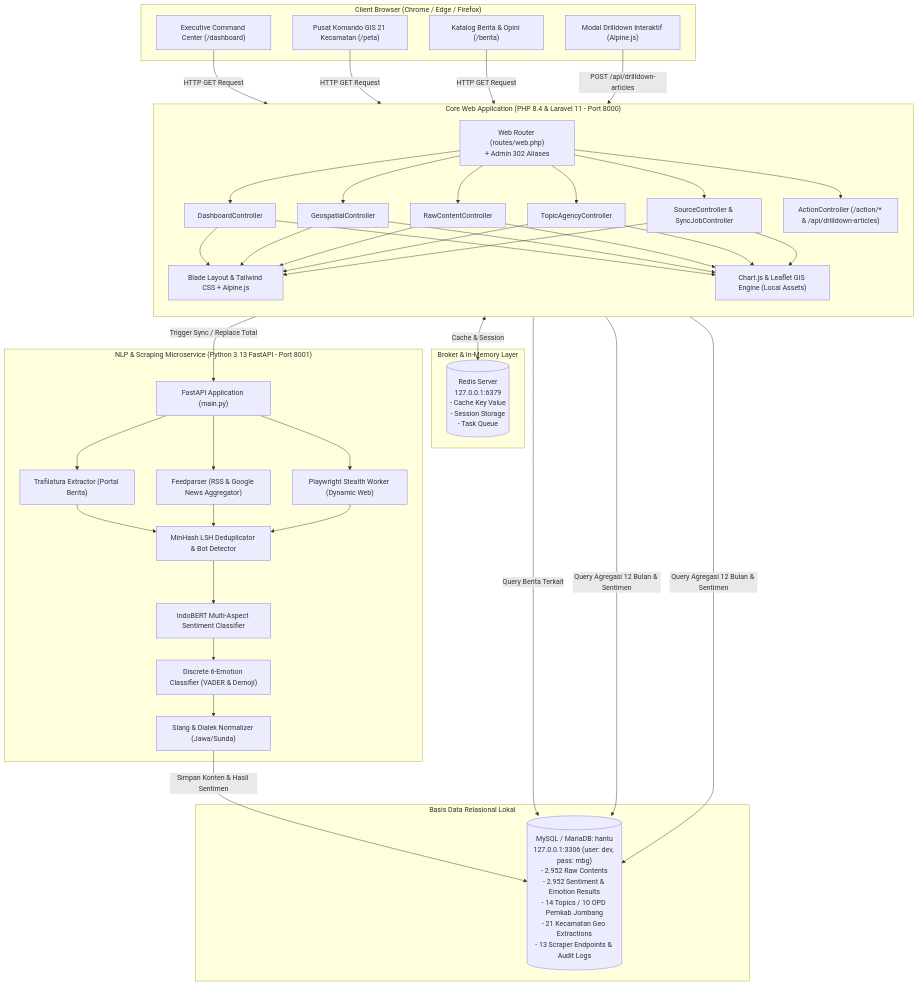
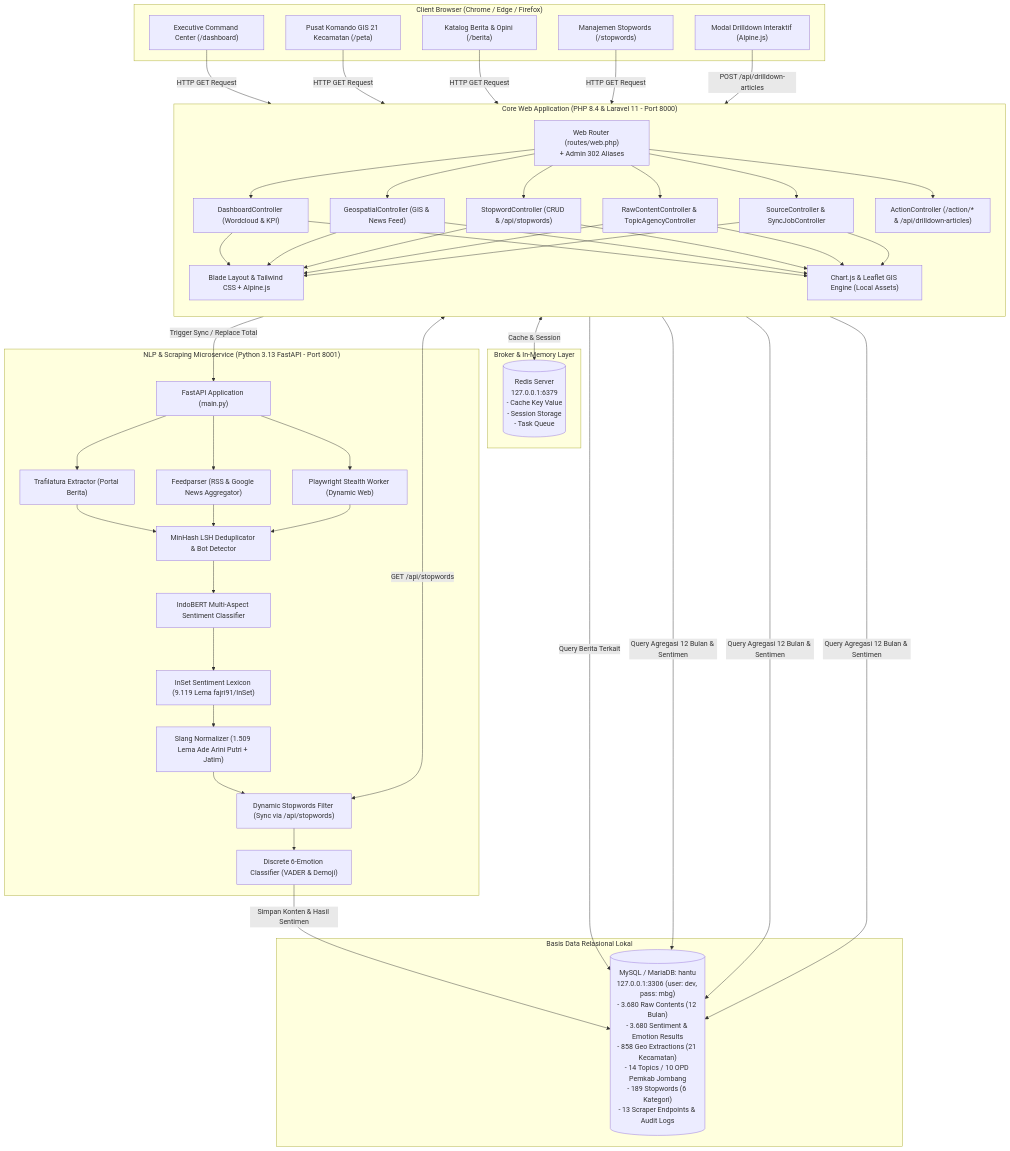
Before and after one commit to maulanarizki/sismantik: the diagram in docs/04_ARCHITECTURE.md, drawn with Mermaid. The commit also changed other lines of this file and 7 other files, not shown here.

````diff
--- a/docs/04_ARCHITECTURE.md
+++ b/docs/04_ARCHITECTURE.md
@@ -8,54 +8,58 @@
 ```mermaid
 flowchart TD
     subgraph CLIENT["Client Browser (Chrome / Edge / Firefox)"]
         UI1["Executive Command Center (/dashboard)"]
         UI2["Pusat Komando GIS 21 Kecamatan (/peta)"]
         UI3["Katalog Berita & Opini (/berita)"]
-        UI4["Modal Drilldown Interaktif (Alpine.js)"]
+        UI4["Manajemen Stopwords (/stopwords)"]
+        UI5["Modal Drilldown Interaktif (Alpine.js)"]
     end
 
     subgraph WEB_CORE["Core Web Application (PHP 8.4 & Laravel 11 - Port 8000)"]
         direction TB
         R1["Web Router (routes/web.php)\n+ Admin 302 Aliases"]
-        C1["DashboardController"]
-        C2["GeospatialController"]
-        C3["RawContentController"]
-        C4["TopicAgencyController"]
+        C1["DashboardController (Wordcloud & KPI)"]
+        C2["GeospatialController (GIS & News Feed)"]
+        C3["StopwordController (CRUD & /api/stopwords)"]
+        C4["RawContentController & TopicAgencyController"]
         C5["SourceController & SyncJobController"]
         C6["ActionController (/action/* & /api/drilldown-articles)"]
         M1["Blade Layout & Tailwind CSS + Alpine.js"]
         M2["Chart.js & Leaflet GIS Engine (Local Assets)"]
     end
 
     subgraph BROKER["Broker & In-Memory Layer"]
         B1[("Redis Server\n127.0.0.1:6379\n- Cache Key Value\n- Session Storage\n- Task Queue")]
     end
 
     subgraph PYTHON_NLP["NLP & Scraping Microservice (Python 3.13 FastAPI - Port 8001)"]
         P1["FastAPI Application (main.py)"]
         P2["Trafilatura Extractor (Portal Berita)"]
         P3["Feedparser (RSS & Google News Aggregator)"]
         P4["Playwright Stealth Worker (Dynamic Web)"]
         P5["MinHash LSH Deduplicator & Bot Detector"]
         P6["IndoBERT Multi-Aspect Sentiment Classifier"]
-        P7["Discrete 6-Emotion Classifier (VADER & Demoji)"]
-        P8["Slang & Dialek Normalizer (Jawa/Sunda)"]
+        P7["InSet Sentiment Lexicon (9.119 Lema fajri91/InSet)"]
+        P8["Slang Normalizer (1.509 Lema Ade Arini Putri + Jatim)"]
+        P9["Dynamic Stopwords Filter (Sync via /api/stopwords)"]
+        P10["Discrete 6-Emotion Classifier (VADER & Demoji)"]
     end
 
     subgraph DB_LAYER["Basis Data Relasional Lokal"]
-        D1[("MySQL / MariaDB: hantu\n127.0.0.1:3306 (user: dev, pass: mbg)\n- 2.952 Raw Contents\n- 2.952 Sentiment & Emotion Results\n- 14 Topics / 10 OPD Pemkab Jombang\n- 21 Kecamatan Geo Extractions\n- 13 Scraper Endpoints & Audit Logs")]
+        D1[("MySQL / MariaDB: hantu\n127.0.0.1:3306 (user: dev, pass: mbg)\n- 3.680 Raw Contents (12 Bulan)\n- 3.680 Sentiment & Emotion Results\n- 858 Geo Extractions (21 Kecamatan)\n- 14 Topics / 10 OPD Pemkab Jombang\n- 189 Stopwords (6 Kategori)\n- 13 Scraper Endpoints & Audit Logs")]
     end
 
     %% Hubungan Alur Data
-    UI1 & UI2 & UI3 -->|HTTP GET Request| R1
+    UI1 & UI2 & UI3 & UI4 -->|HTTP GET Request| R1
     R1 --> C1 & C2 & C3 & C4 & C5 & C6
     C1 & C2 & C3 & C4 & C5 --> M1 & M2
-    UI4 -->|POST /api/drilldown-articles| C6
+    UI5 -->|POST /api/drilldown-articles| C6
     C6 -->|Query Berita Terkait| D1
-    C1 & C2 -->|Query Agregasi 12 Bulan & Sentimen| D1
+    C1 & C2 & C3 -->|Query Agregasi 12 Bulan & Sentimen| D1
     C6 -->|Trigger Sync / Replace Total| P1
     P1 --> P2 & P3 & P4
-    P2 & P3 & P4 --> P5 --> P6 --> P7 --> P8
-    P8 -->|Simpan Konten & Hasil Sentimen| D1
+    P2 & P3 & P4 --> P5 --> P6 --> P7 --> P8 --> P9 --> P10
+    P9 <-->|GET /api/stopwords| C3
+    P10 -->|Simpan Konten & Hasil Sentimen| D1
     WEB_CORE <-->|Cache & Session| B1
 ```
````
